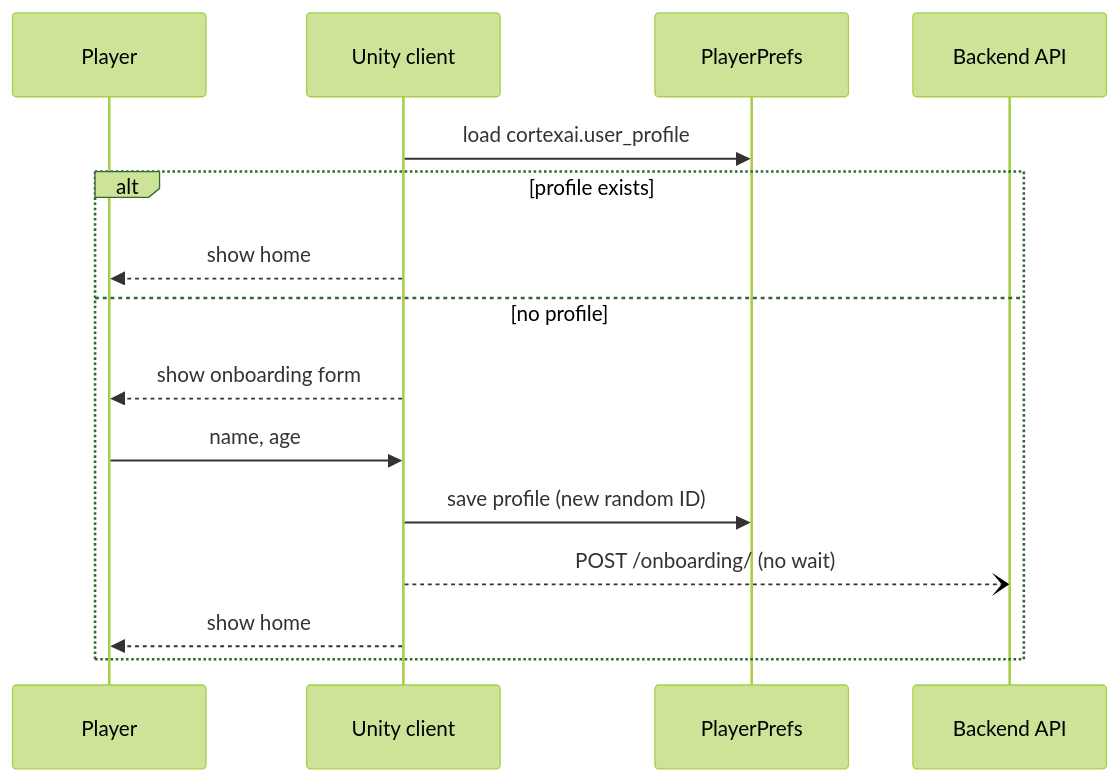
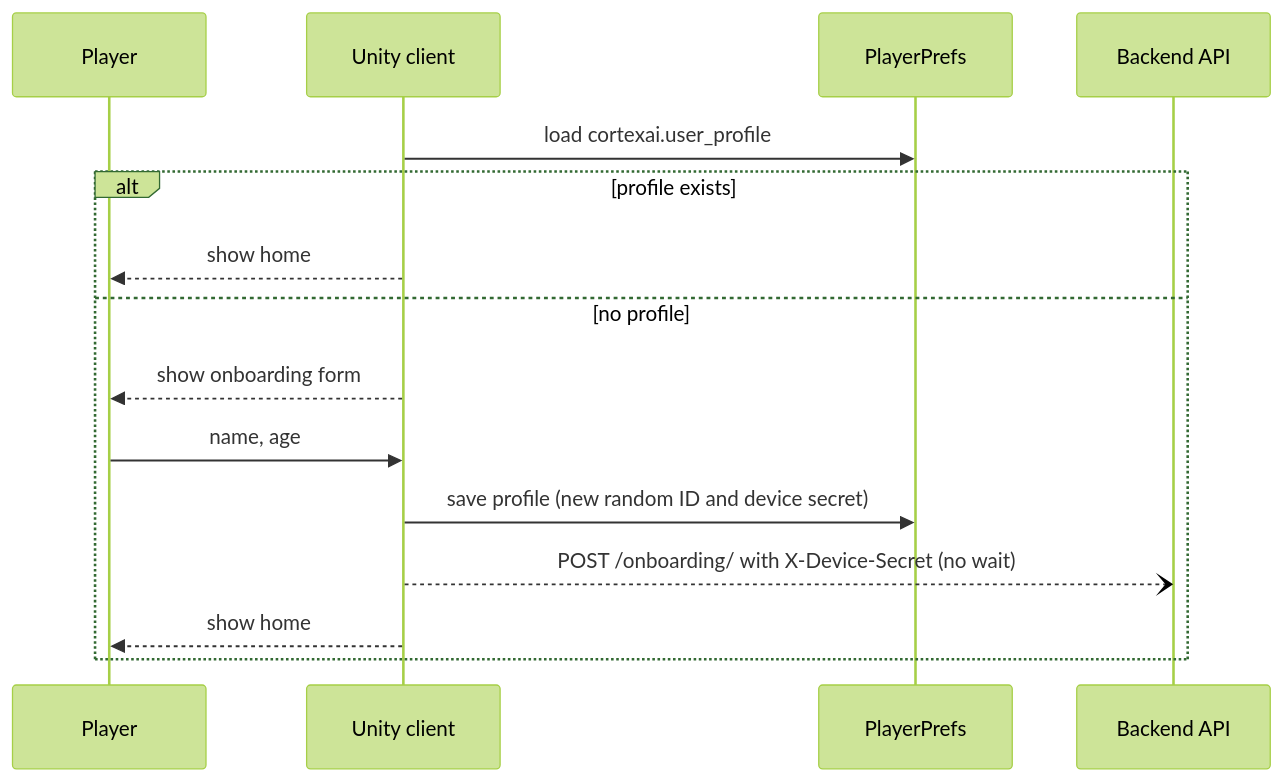
Before and after one commit to psychicDree/CortexAI: the second of 2 diagrams in Docs/AuthenticationFlow.md, drawn with Mermaid (forest theme). The commit also changed other lines of this file and 4 other files, not shown here.

````diff
--- a/Docs/AuthenticationFlow.md
+++ b/Docs/AuthenticationFlow.md
@@ -64,18 +66,18 @@
 ```mermaid
 sequenceDiagram
   participant P as Player
   participant U as Unity client
   participant PP as PlayerPrefs
   participant API as Backend API
 
   U->>PP: load cortexai.user_profile
   alt profile exists
     U-->>P: show home
   else no profile
     U-->>P: show onboarding form
     P->>U: name, age
-    U->>PP: save profile (new random ID)
-    U--)API: POST /onboarding/ (no wait)
+    U->>PP: save profile (new random ID and device secret)
+    U--)API: POST /onboarding/ with X-Device-Secret (no wait)
     U-->>P: show home
   end
 ```
````
